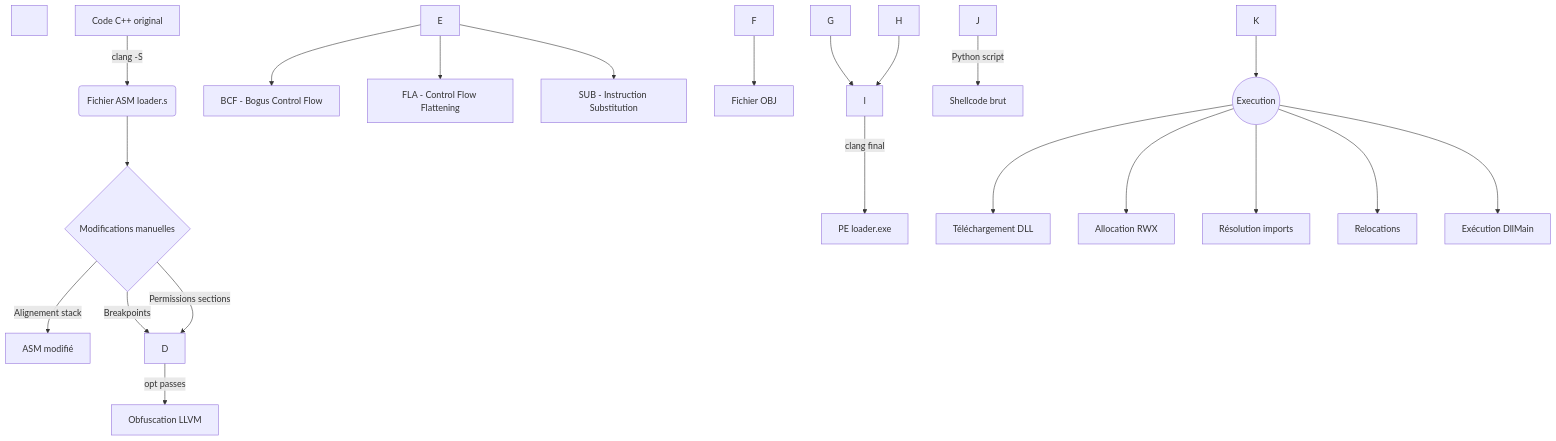
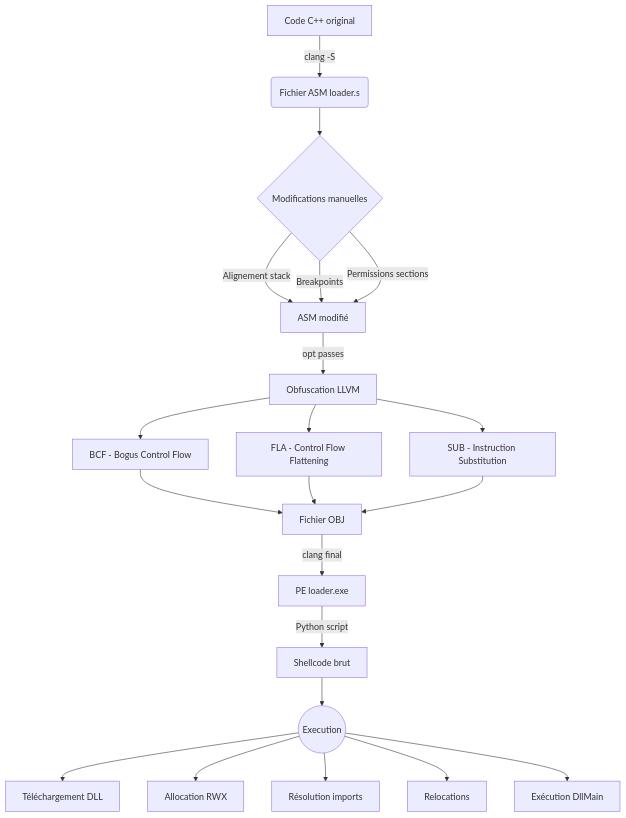
One commit to off-path/HellcodeLoader changed the second of 4 diagrams in readme.md. Above: the diagram before and after it, drawn with Mermaid. The commit also changed other lines of this file, not shown here.

````diff
--- a/readme.md
+++ b/readme.md
@@ -247,53 +107,27 @@
 ```mermaid
-
 graph TD
-
-&nbsp;   A\[Code C++ original] -->|clang -S| B(Fichier ASM loader.s)
-
-&nbsp;   B --> C{Modifications manuelles}
-
-&nbsp;   C -->|Alignement stack| D\[ASM modifié]
-
-&nbsp;   C -->|Breakpoints| D
-
-&nbsp;   C -->|Permissions sections| D
-
-&nbsp;   
-
-&nbsp;   D -->|opt passes| E\[Obfuscation LLVM]
-
-&nbsp;   E --> F\[BCF - Bogus Control Flow]
-
-&nbsp;   E --> G\[FLA - Control Flow Flattening]
-
-&nbsp;   E --> H\[SUB - Instruction Substitution]
-
-&nbsp;   
-
-&nbsp;   F --> I\[Fichier OBJ]
-
-&nbsp;   G --> I
-
-&nbsp;   H --> I
-
-&nbsp;   
-
-&nbsp;   I -->|clang final| J\[PE loader.exe]
-
-&nbsp;   J -->|Python script| K\[Shellcode brut]
-
-&nbsp;   
-
-&nbsp;   K --> L((Execution))
-
-&nbsp;   L --> M\[Téléchargement DLL]
-
-&nbsp;   L --> N\[Allocation RWX]
-
-&nbsp;   L --> O\[Résolution imports]
-
-&nbsp;   L --> P\[Relocations]
-
-&nbsp;   L --> Q\[Exécution DllMain]
-
+    A[Code C++ original] -->|clang -S| B(Fichier ASM loader.s)
+    B --> C{Modifications manuelles}
+    C -->|Alignement stack| D[ASM modifié]
+    C -->|Breakpoints| D
+    C -->|Permissions sections| D
+    
+    D -->|opt passes| E[Obfuscation LLVM]
+    E --> F[BCF - Bogus Control Flow]
+    E --> G[FLA - Control Flow Flattening]
+    E --> H[SUB - Instruction Substitution]
+    
+    F --> I[Fichier OBJ]
+    G --> I
+    H --> I
+    
+    I -->|clang final| J[PE loader.exe]
+    J -->|Python script| K[Shellcode brut]
+    
+    K --> L((Execution))
+    L --> M[Téléchargement DLL]
+    L --> N[Allocation RWX]
+    L --> O[Résolution imports]
+    L --> P[Relocations]
+    L --> Q[Exécution DllMain]
 ```
````
